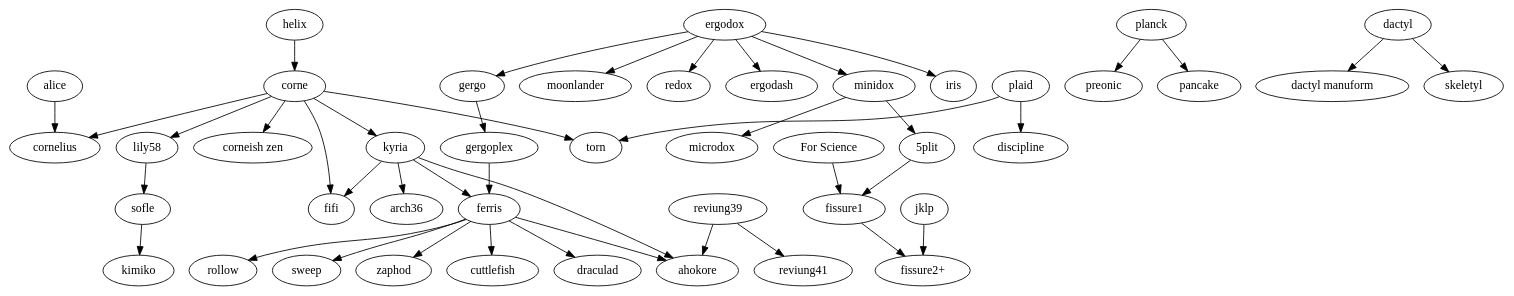
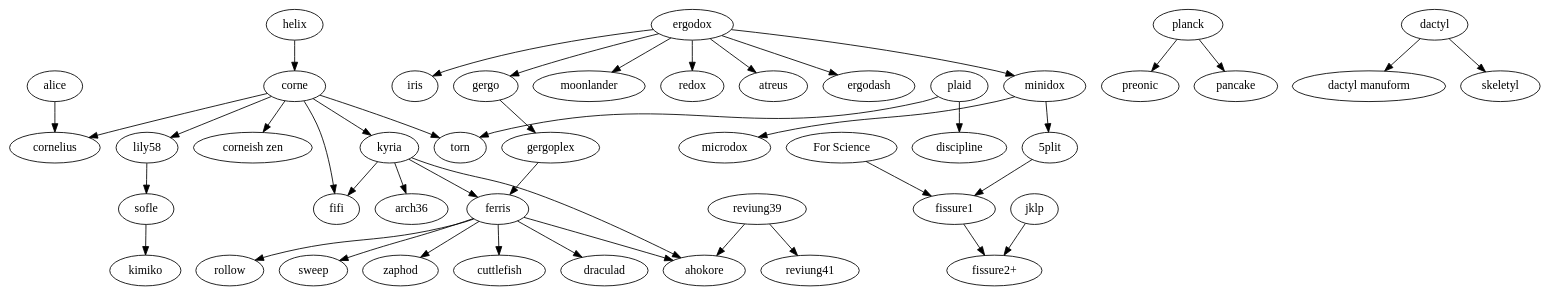
The diagram in tree.gv (petejohanson/mk-family-tree), drawn with Graphviz before and after one commit.

Commit message:
Add atreus.

```diff
--- a/tree.gv
+++ b/tree.gv
@@ -1,87 +1,88 @@
 digraph T {
   subgraph splits {
     helix -> corne;
 
     corne -> {
       "corneish zen";
       cornelius;
       fifi;
       kyria;
       lily58;
       torn;
     };
 
     lily58 -> sofle;
 
     kyria -> {
         ahokore;
         arch36;
         ferris;
         fifi;
     };
 
     ergodox -> {
+      atreus;
       ergodash;
       gergo;
       iris;
       minidox;
       moonlander;
       redox;
     };
 
     gergo -> gergoplex;
     gergoplex -> ferris;
 
     ferris -> {
       ahokore;
       cuttlefish;
       draculad;
       rollow;
       sweep;
       zaphod;
     };
 
     minidox -> {
       "5plit";
       microdox;
     }
 
     sofle -> kimiko;
 
     "5plit" -> "fissure1";
     "For Science" -> "fissure1";
     fissure1 -> "fissure2+";
     jklp -> "fissure2+";
   }
 
   subgraph unibody {
     reviung39 -> {
       ahokore;
       reviung41;
     };
   };
 
   subgraph ortholinear {
     plaid -> {
       discipline;
       torn;
     };
     planck -> {
       preonic;
       pancake;
     };
   }
 
   subgraph {
     dactyl -> {
       "dactyl manuform";
       skeletyl;
     }
   }
 
   subgraph alicefamily {
     alice -> {
       cornelius;
     }
   }
 }
```
